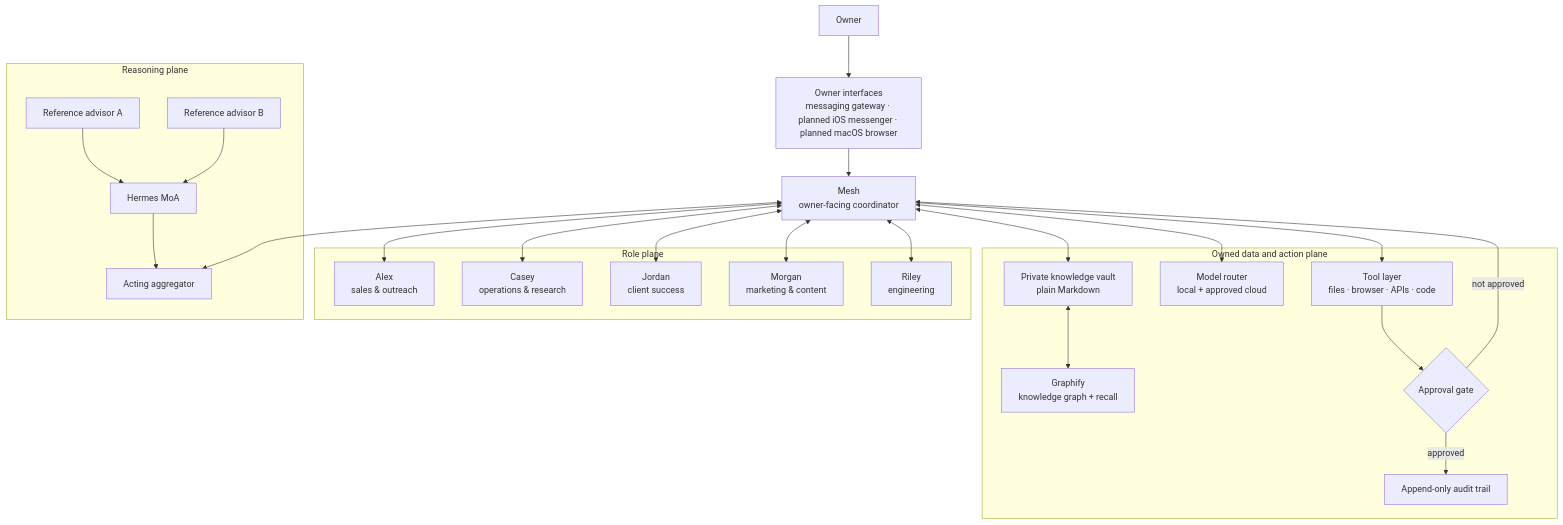
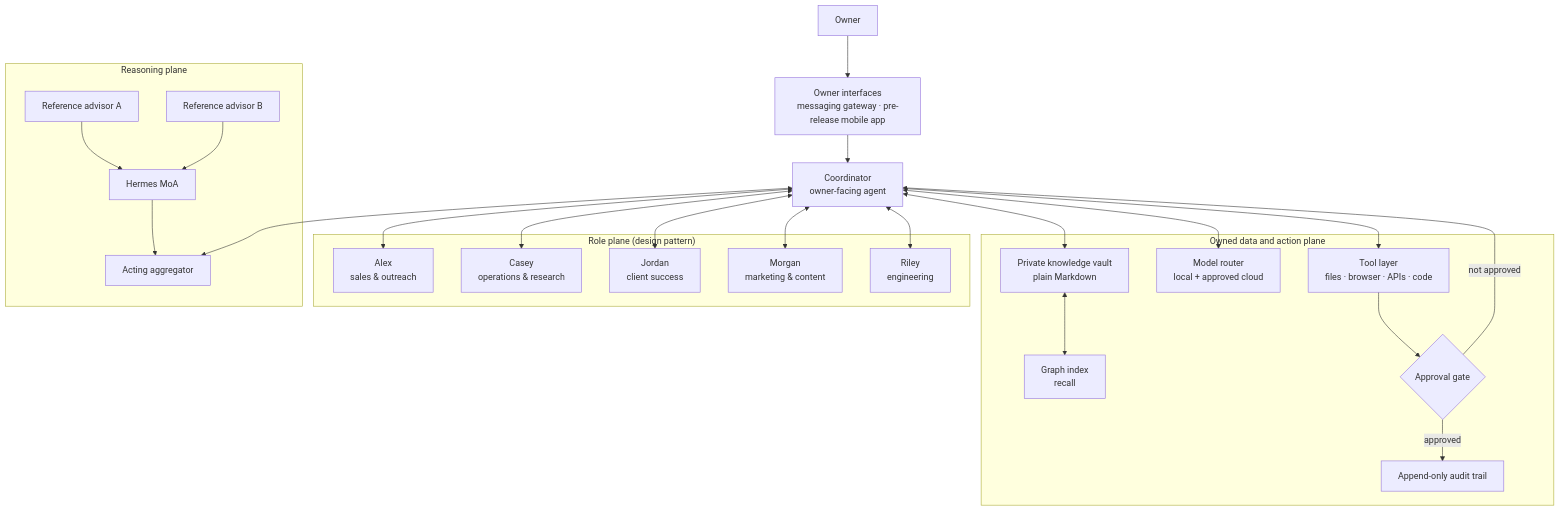
The first of 5 diagrams in README.md (thefiredev-cloud/meshvault-agentic-architecture), drawn with Mermaid before and after one commit. The commit also changed other lines of this file, not shown here.

Commit message:
docs: separate implemented MoA from design, fix stale roles and names

````diff
--- a/README.md
+++ b/README.md
@@ -20,48 +32,48 @@
 ```mermaid
 flowchart TB
     Owner["Owner"]
-    Channels["Owner interfaces\nmessaging gateway · planned iOS messenger · planned macOS browser"]
-    Mesh["Mesh\nowner-facing coordinator"]
+    Channels["Owner interfaces\nmessaging gateway · pre-release mobile app"]
+    Coord["Coordinator\nowner-facing agent"]
 
     subgraph Reasoning["Reasoning plane"]
         MoA["Hermes MoA"]
         RefA["Reference advisor A"]
         RefB["Reference advisor B"]
         Agg["Acting aggregator"]
         RefA --> MoA
         RefB --> MoA
         MoA --> Agg
     end
 
-    subgraph Specialists["Role plane"]
+    subgraph Specialists["Role plane (design pattern)"]
         Alex["Alex\nsales & outreach"]
         Casey["Casey\noperations & research"]
         Jordan["Jordan\nclient success"]
         Morgan["Morgan\nmarketing & content"]
         Riley["Riley\nengineering"]
     end
 
     subgraph OwnedStack["Owned data and action plane"]
         Vault["Private knowledge vault\nplain Markdown"]
-        Graphify["Graphify\nknowledge graph + recall"]
+        Graph["Graph index\nrecall"]
         Tools["Tool layer\nfiles · browser · APIs · code"]
         Models["Model router\nlocal + approved cloud"]
         Audit["Append-only audit trail"]
         Gate{"Approval gate"}
     end
 
-    Owner --> Channels --> Mesh
-    Mesh <--> Agg
-    Mesh <--> Alex
-    Mesh <--> Casey
-    Mesh <--> Jordan
-    Mesh <--> Morgan
-    Mesh <--> Riley
+    Owner --> Channels --> Coord
+    Coord <--> Agg
+    Coord <--> Alex
+    Coord <--> Casey
+    Coord <--> Jordan
+    Coord <--> Morgan
+    Coord <--> Riley
 
-    Mesh <--> Vault
-    Vault <--> Graphify
-    Mesh <--> Models
-    Mesh --> Tools --> Gate
+    Coord <--> Vault
+    Vault <--> Graph
+    Coord <--> Models
+    Coord --> Tools --> Gate
     Gate -->|approved| Audit
-    Gate -->|not approved| Mesh
+    Gate -->|not approved| Coord
 ```
````
